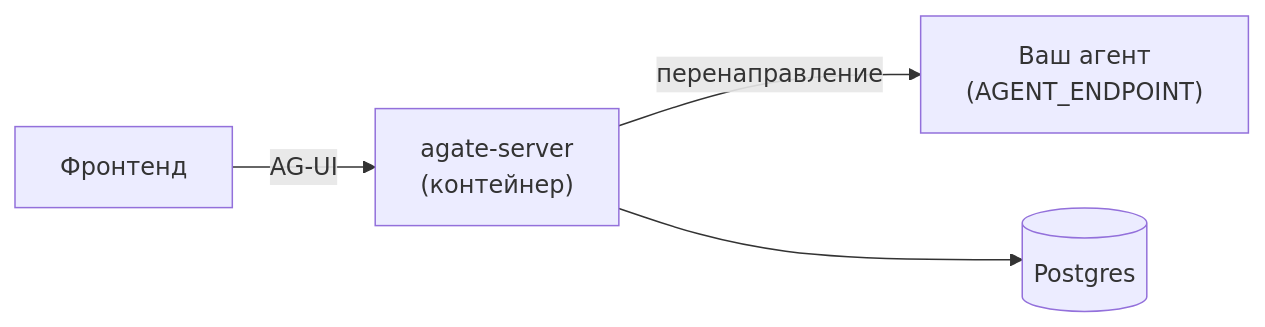
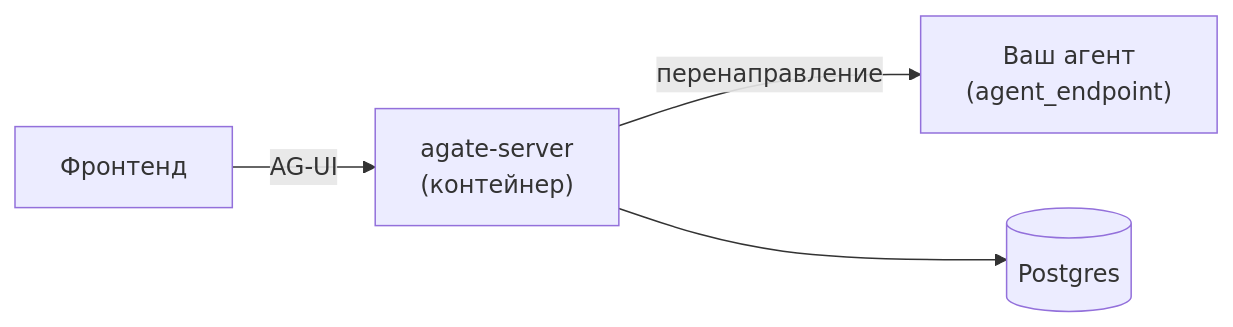
Before and after one commit to C3EQUALZz/agate: the diagram in docs/ru/getting-started/index.md, drawn with Mermaid. The commit also changed 12 other files, not shown here.

````diff
--- a/docs/ru/getting-started/index.md
+++ b/docs/ru/getting-started/index.md
@@ -7,6 +7,6 @@
 ```mermaid
 flowchart LR
     fe["Фронтенд"] -->|AG-UI| agate["agate-server<br/>(контейнер)"]
-    agate -->|перенаправление| agent["Ваш агент<br/>(AGENT_ENDPOINT)"]
+    agate -->|перенаправление| agent["Ваш агент<br/>(agent_endpoint)"]
     agate --> pg[("Postgres")]
 ```
````
